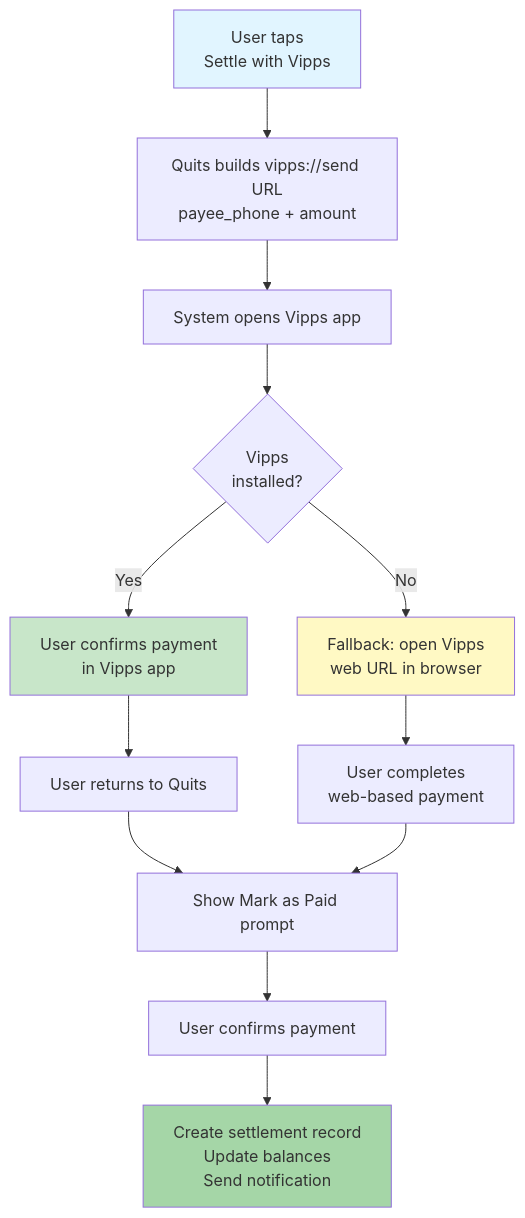
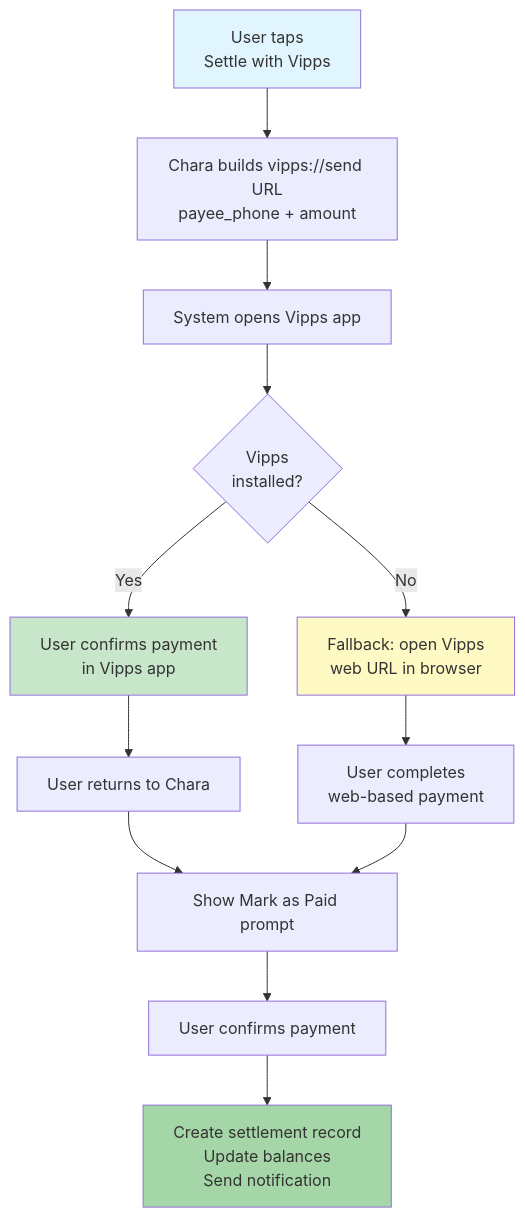
One commit to DowLucas/chara changed the fourth of 8 diagrams in docs/ux/07-balances-settle-up.md. Above: the diagram before and after it, drawn with Mermaid. The commit also changed other lines of this file and 207 other files, not shown here.

````diff
--- a/docs/ux/07-balances-settle-up.md
+++ b/docs/ux/07-balances-settle-up.md
@@ -84,19 +84,19 @@
 ```mermaid
 flowchart TD
-    A["User taps<br/>Settle with Vipps"] --> B["Quits builds vipps://send URL<br/>payee_phone + amount"]
+    A["User taps<br/>Settle with Vipps"] --> B["Chara builds vipps://send URL<br/>payee_phone + amount"]
     B --> C["System opens Vipps app"]
     C --> D{Vipps<br/>installed?}
     D -->|Yes| E["User confirms payment<br/>in Vipps app"]
     D -->|No| F["Fallback: open Vipps<br/>web URL in browser"]
-    E --> G["User returns to Quits"]
+    E --> G["User returns to Chara"]
     F --> G2["User completes<br/>web-based payment"]
     G --> H["Show Mark as Paid prompt"]
     G2 --> H
     H --> I["User confirms payment"]
     I --> J["Create settlement record<br/>Update balances<br/>Send notification"]
     
     style A fill:#e1f5ff
     style E fill:#c8e6c9
     style J fill:#a5d6a7
     style F fill:#fff9c4
 ```
````
